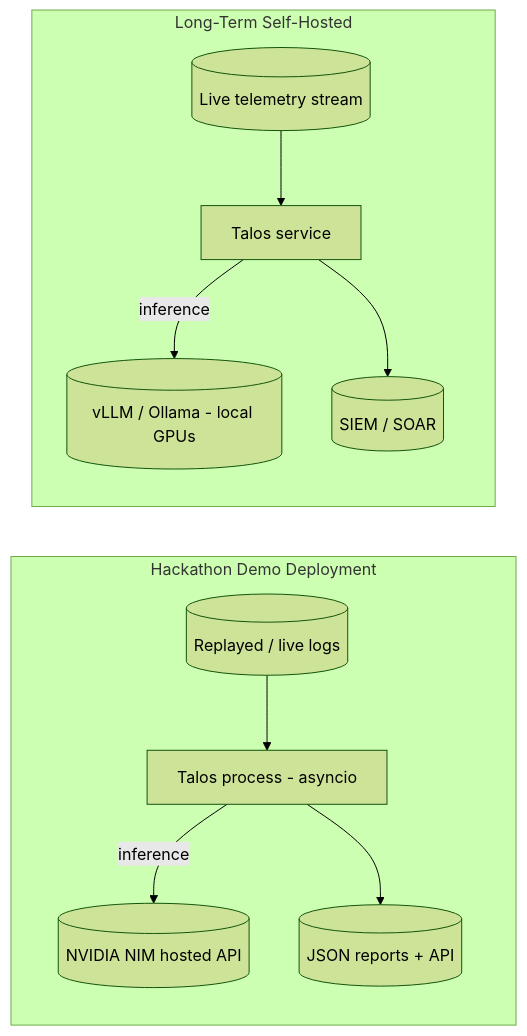
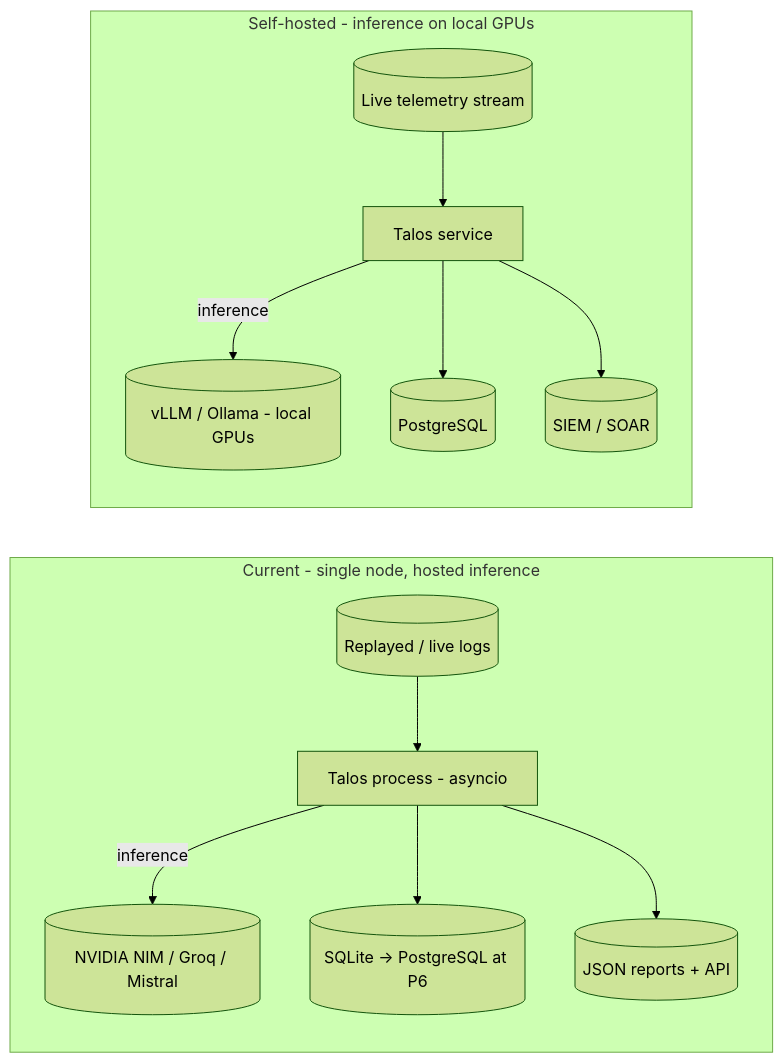
The fourth of 4 diagrams in docs/architecture/Talos_HLD.md (anandharshit712/Talos), drawn with Mermaid (forest theme) before and after one commit. The commit also changed other lines of this file and 5 other files, not shown here.

````diff
--- a/docs/architecture/Talos_HLD.md
+++ b/docs/architecture/Talos_HLD.md
@@ -287,15 +317,17 @@
 ```mermaid
 flowchart LR
-    subgraph Demo["Hackathon Demo Deployment"]
+    subgraph Now["Current - single node, hosted inference"]
         direction TB
         LOGS[(Replayed / live logs)] --> TALOS1[Talos process - asyncio]
-        TALOS1 -->|inference| NIM[(NVIDIA NIM hosted API)]
+        TALOS1 -->|inference| NIM[(NVIDIA NIM / Groq / Mistral)]
+        TALOS1 --> DB1[(SQLite -> PostgreSQL at P6)]
         TALOS1 --> OUT1[(JSON reports + API)]
     end
-    subgraph Prod["Long-Term Self-Hosted"]
+    subgraph Prod["Self-hosted - inference on local GPUs"]
         direction TB
         LOGS2[(Live telemetry stream)] --> TALOS2[Talos service]
         TALOS2 -->|inference| LOCAL[(vLLM / Ollama - local GPUs)]
+        TALOS2 --> DB2[(PostgreSQL)]
         TALOS2 --> SIEM2[(SIEM / SOAR)]
     end
 ```
````
